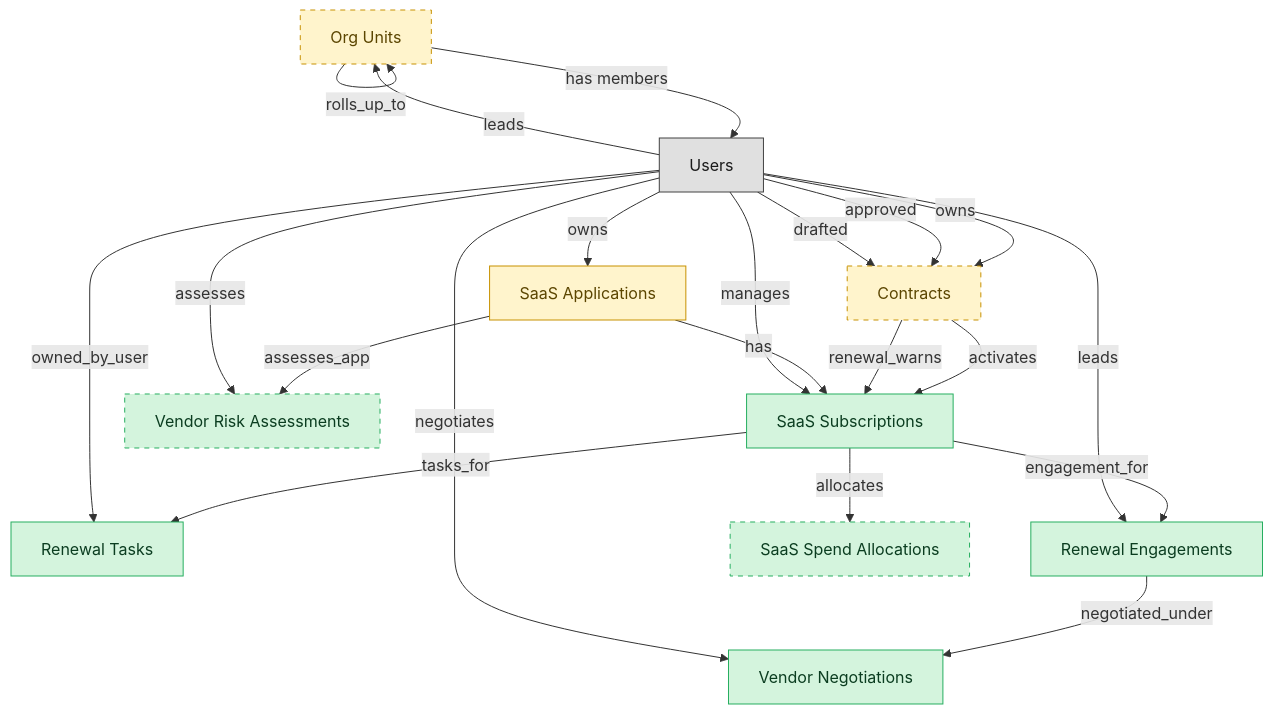
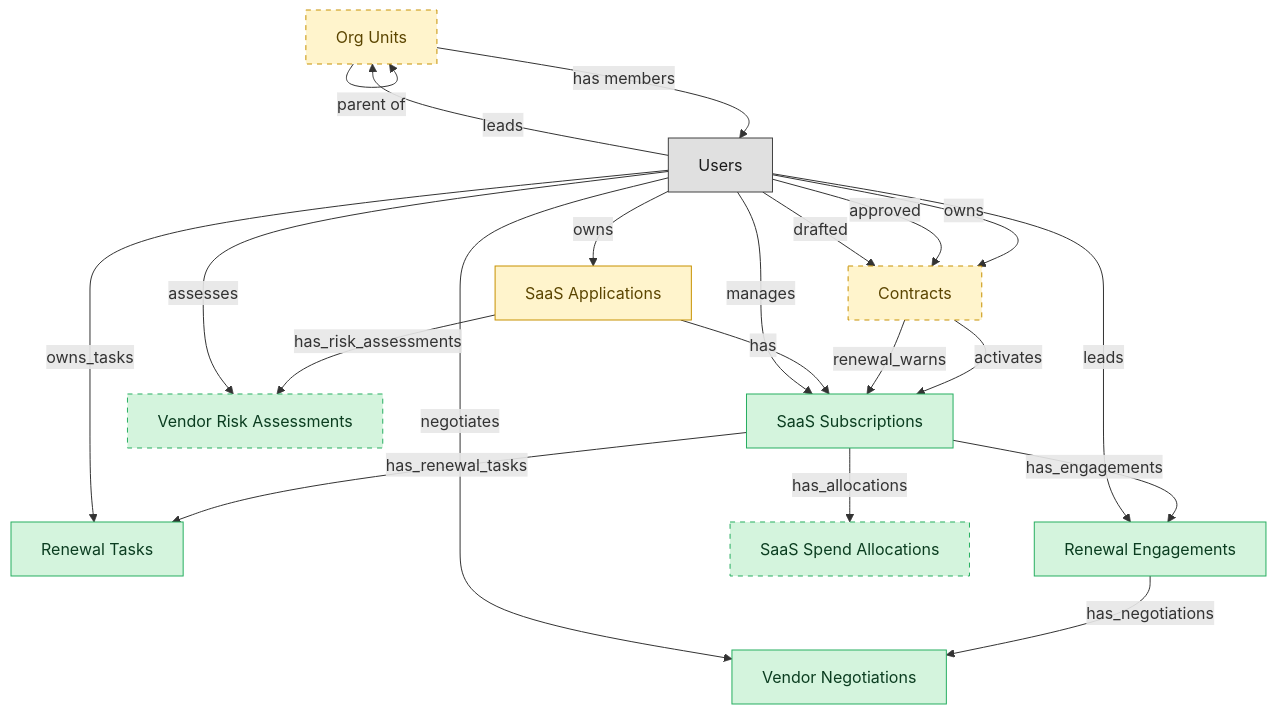
One commit to IntranetFactory/domain-map changed the diagram in catalog/blueprints/smp-renewal-vendor-semantic-blueprint.md. Above: the diagram before and after it, drawn with Mermaid. The commit also changed other lines of this file and 122 other files, not shown here.

````diff
--- a/catalog/blueprints/smp-renewal-vendor-semantic-blueprint.md
+++ b/catalog/blueprints/smp-renewal-vendor-semantic-blueprint.md
@@ -38,50 +39,50 @@
 ```mermaid
 flowchart TD
   classDef master fill:#d4f4dd,stroke:#27ae60,color:#0b3d20;
   classDef embedded_master fill:#fff4cc,stroke:#c79100,color:#5b4500;
   classDef platform_builtin fill:#e0e0e0,stroke:#424242,color:#1a1a1a;
+  org_units["Org Units"]
   saas_applications["SaaS Applications"]
   saas_subscriptions["SaaS Subscriptions"]
   legal_contracts["Contracts"]
-  org_units["Org Units"]
   smp_renewal_tasks["Renewal Tasks"]
   smp_renewal_engagements["Renewal Engagements"]
   smp_vendor_negotiations["Vendor Negotiations"]
   smp_spend_allocations["SaaS Spend Allocations"]
   smp_vendor_risk_assessments["Vendor Risk Assessments"]
   users["Users"]
-  saas_subscriptions -->|"tasks_for"| smp_renewal_tasks
-  saas_subscriptions -->|"engagement_for"| smp_renewal_engagements
-  smp_renewal_engagements -->|"negotiated_under"| smp_vendor_negotiations
-  saas_subscriptions -->|"allocates"| smp_spend_allocations
-  saas_applications -->|"assesses_app"| smp_vendor_risk_assessments
   legal_contracts -->|"activates"| saas_subscriptions
   legal_contracts -->|"renewal_warns"| saas_subscriptions
   saas_applications -->|"has"| saas_subscriptions
-  org_units -->|"rolls_up_to"| org_units
-  users -->|"owned_by_user"| smp_renewal_tasks
+  org_units -->|"parent of"| org_units
+  saas_subscriptions -->|"has_renewal_tasks"| smp_renewal_tasks
+  saas_subscriptions -->|"has_engagements"| smp_renewal_engagements
+  smp_renewal_engagements -->|"has_negotiations"| smp_vendor_negotiations
+  saas_subscriptions -->|"has_allocations"| smp_spend_allocations
+  saas_applications -->|"has_risk_assessments"| smp_vendor_risk_assessments
+  users -->|"leads"| org_units
+  users -->|"owns"| legal_contracts
+  users -->|"approved"| legal_contracts
+  users -->|"drafted"| legal_contracts
+  users -->|"owns"| saas_applications
+  users -->|"manages"| saas_subscriptions
+  org_units -->|"has members"| users
+  users -->|"owns_tasks"| smp_renewal_tasks
   users -->|"leads"| smp_renewal_engagements
   users -->|"negotiates"| smp_vendor_negotiations
   users -->|"assesses"| smp_vendor_risk_assessments
-  users -->|"owns"| legal_contracts
-  users -->|"approved"| legal_contracts
-  users -->|"drafted"| legal_contracts
-  users -->|"leads"| org_units
-  users -->|"owns"| saas_applications
-  users -->|"manages"| saas_subscriptions
-  org_units -->|"has members"| users
+  class org_units embedded_master;
   class saas_applications embedded_master;
   class saas_subscriptions master;
   class legal_contracts embedded_master;
-  class org_units embedded_master;
   class smp_renewal_tasks master;
   class smp_renewal_engagements master;
   class smp_vendor_negotiations master;
   class smp_spend_allocations master;
   class smp_vendor_risk_assessments master;
   class users platform_builtin;
+  style org_units stroke-dasharray:5 5;
   style legal_contracts stroke-dasharray:5 5;
-  style org_units stroke-dasharray:5 5;
   style smp_spend_allocations stroke-dasharray:5 5;
   style smp_vendor_risk_assessments stroke-dasharray:5 5;
 ```
````
